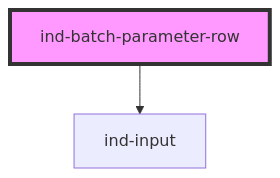
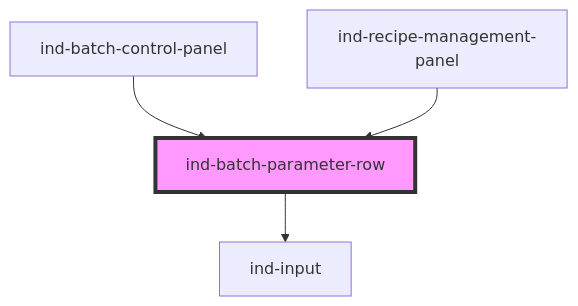
The diagram in packages/core/src/components/molecules/batch-parameter-row/readme.md (christophe77/in-ds), drawn with Mermaid before and after one commit. The commit also changed other lines of this file and 106 other files, not shown here.

````diff
--- a/packages/core/src/components/molecules/batch-parameter-row/readme.md
+++ b/packages/core/src/components/molecules/batch-parameter-row/readme.md
@@ -56,5 +61,7 @@
 ```mermaid
 graph TD;
   ind-batch-parameter-row --> ind-input
+  ind-batch-control-panel --> ind-batch-parameter-row
+  ind-recipe-management-panel --> ind-batch-parameter-row
   style ind-batch-parameter-row fill:#f9f,stroke:#333,stroke-width:4px
 ```
````
